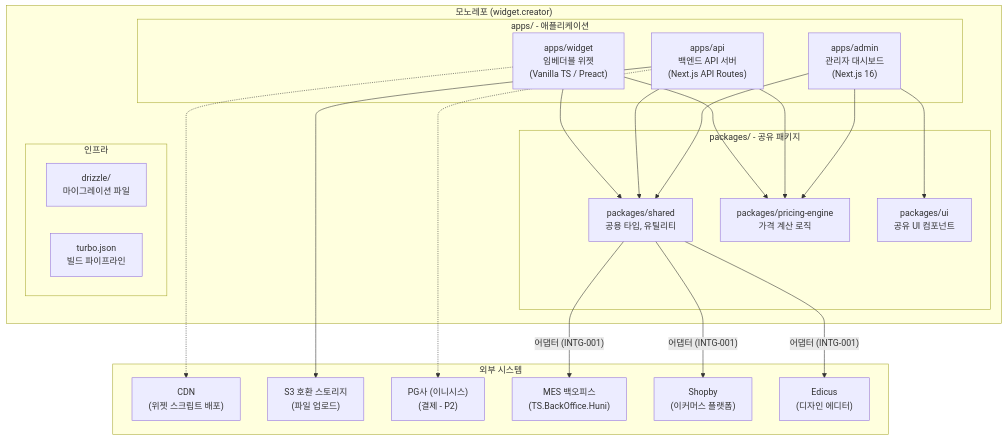
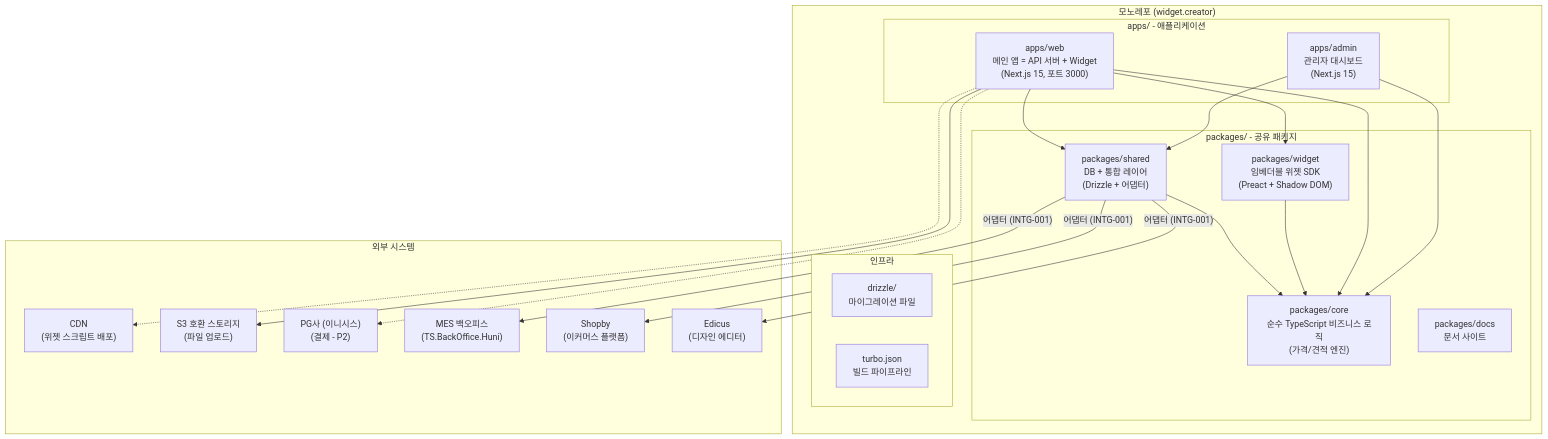
One commit to skeeper75/widget.creator changed the first of 2 diagrams in .moai/project/structure.md. Above: the diagram before and after it, drawn with Mermaid. The commit also changed other lines of this file and 4 other files, not shown here.

````diff
--- a/.moai/project/structure.md
+++ b/.moai/project/structure.md
@@ -7,45 +7,45 @@
 ```mermaid
 graph TB
     subgraph "모노레포 (widget.creator)"
         subgraph "apps/ - 애플리케이션"
-            ADMIN["apps/admin<br/>관리자 대시보드<br/>(Next.js 16)"]
-            API["apps/api<br/>백엔드 API 서버<br/>(Next.js API Routes)"]
-            WIDGET["apps/widget<br/>임베더블 위젯<br/>(Vanilla TS / Preact)"]
+            ADMIN["apps/admin<br/>관리자 대시보드<br/>(Next.js 15)"]
+            WEB["apps/web<br/>메인 앱 = API 서버 + Widget<br/>(Next.js 15, 포트 3000)"]
         end
 
         subgraph "packages/ - 공유 패키지"
-            SHARED["packages/shared<br/>공용 타입, 유틸리티"]
-            PRICING["packages/pricing-engine<br/>가격 계산 로직"]
-            UI["packages/ui<br/>공유 UI 컴포넌트"]
+            CORE["packages/core<br/>순수 TypeScript 비즈니스 로직<br/>(가격/견적 엔진)"]
+            SHARED["packages/shared<br/>DB + 통합 레이어<br/>(Drizzle + 어댑터)"]
+            WIDGET["packages/widget<br/>임베더블 위젯 SDK<br/>(Preact + Shadow DOM)"]
+            DOCS["packages/docs<br/>문서 사이트"]
         end
 
         subgraph "인프라"
             DRIZZLE_DIR["drizzle/<br/>마이그레이션 파일"]
             TURBO["turbo.json<br/>빌드 파이프라인"]
         end
 
         ADMIN --> SHARED
-        ADMIN --> UI
-        ADMIN --> PRICING
-        API --> SHARED
-        API --> PRICING
-        WIDGET --> SHARED
-        WIDGET --> PRICING
+        ADMIN --> CORE
+        WEB --> SHARED
+        WEB --> CORE
+        WEB --> WIDGET
+        WIDGET --> CORE
+        SHARED --> CORE
     end
 
     subgraph "외부 시스템"
         CDN["CDN<br/>(위젯 스크립트 배포)"]
         S3["S3 호환 스토리지<br/>(파일 업로드)"]
         PG["PG사 (이니시스)<br/>(결제 - P2)"]
         MES["MES 백오피스<br/>(TS.BackOffice.Huni)"]
         SHOPBY["Shopby<br/>(이커머스 플랫폼)"]
         EDICUS["Edicus<br/>(디자인 에디터)"]
     end
 
-    WIDGET -.-> CDN
-    API --> S3
-    API -.-> PG
+    WEB -.-> CDN
+    WEB --> S3
+    WEB -.-> PG
     SHARED -->|"어댑터 (INTG-001)"| MES
     SHARED -->|"어댑터 (INTG-001)"| SHOPBY
     SHARED -->|"어댑터 (INTG-001)"| EDICUS
 ```
````
